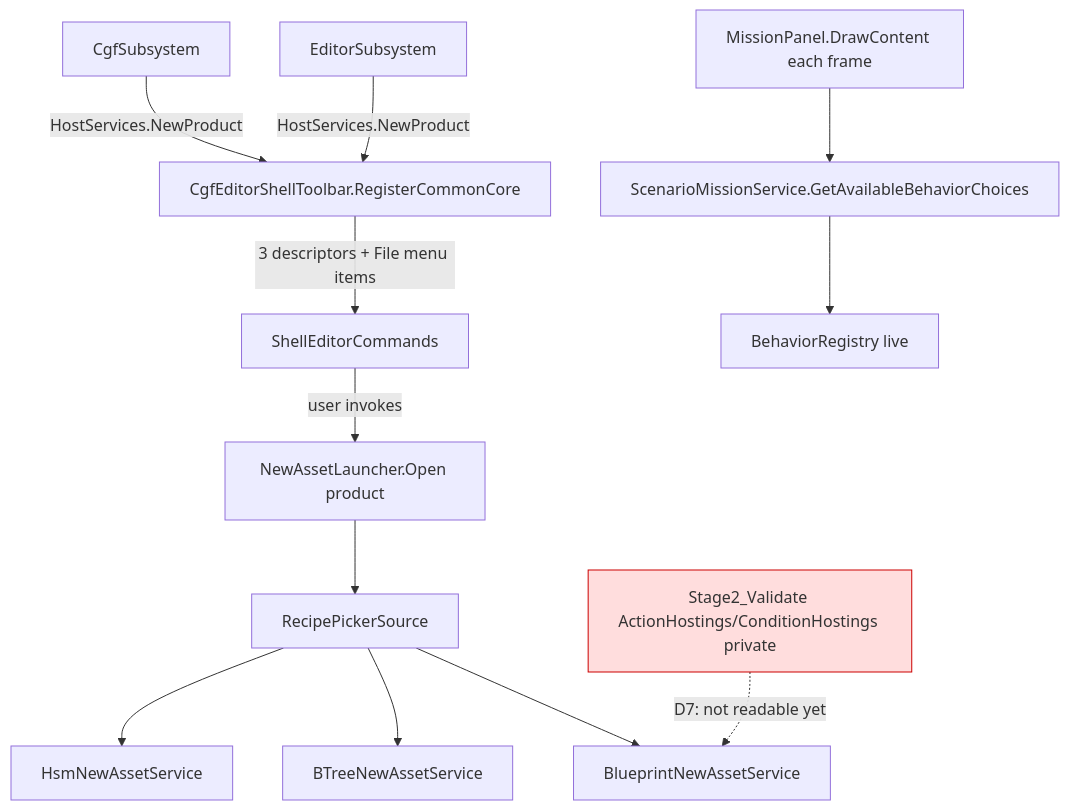
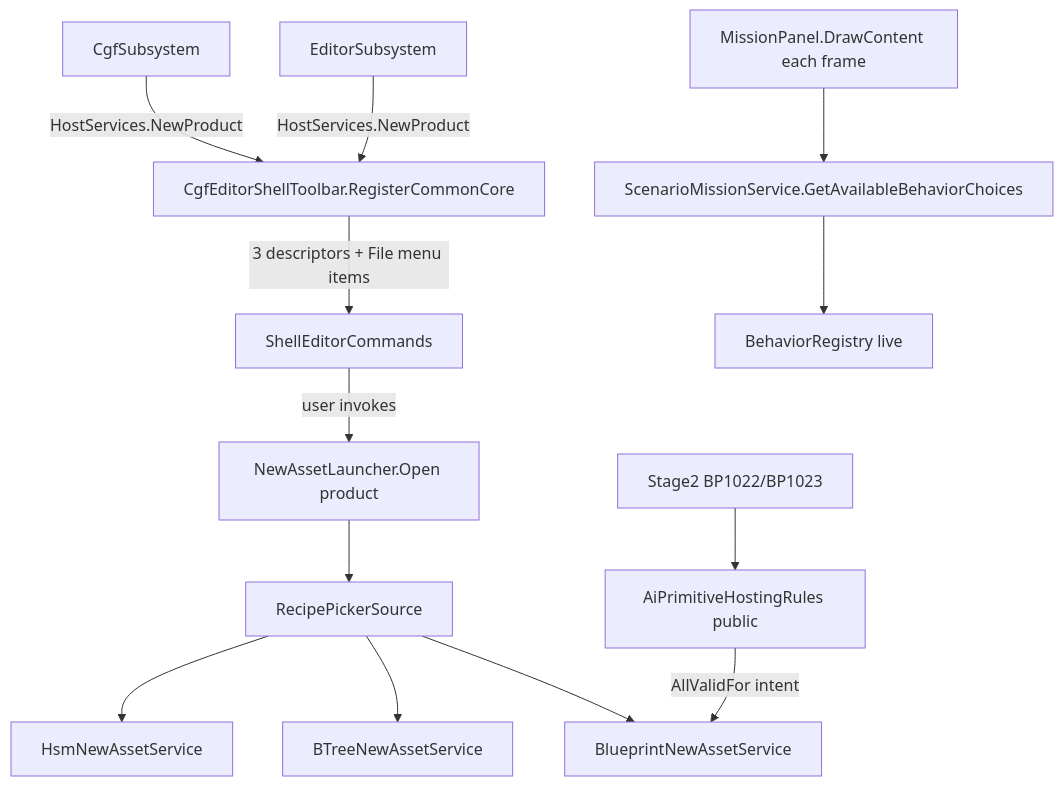
Before and after one commit to pjanec/HROT: the fourth of 4 diagrams in docs/blueprints/DESIGN_Product_First_Authoring.md, drawn with Mermaid. The commit also changed other lines of this file and 6 other files, not shown here.

First line of the commit message:
feat(E4): CE-461 blueprint Action/Condition templates with every hosting their intent allows

````diff
--- a/docs/blueprints/DESIGN_Product_First_Authoring.md
+++ b/docs/blueprints/DESIGN_Product_First_Authoring.md
@@ -164,15 +164,15 @@
 ```mermaid
 graph TD
     ES[EditorSubsystem] -->|HostServices.NewProduct| RC[CgfEditorShellToolbar.RegisterCommonCore]
     CG[CgfSubsystem] -->|HostServices.NewProduct| RC
     RC -->|3 descriptors + File menu items| SH[ShellEditorCommands]
     SH -->|user invokes| NL[NewAssetLauncher.Open product]
     NL --> RPS[RecipePickerSource]
     RPS --> BPS[BlueprintNewAssetService]
     RPS --> BTS[BTreeNewAssetService]
     RPS --> HSS[HsmNewAssetService]
     MP[MissionPanel.DrawContent each frame] --> SMS[ScenarioMissionService.GetAvailableBehaviorChoices]
     SMS --> REG[BehaviorRegistry live]
-    CMP[Stage2_Validate ActionHostings/ConditionHostings private]:::dead -.->|D7: not readable yet| BPS
-    classDef dead fill:#fdd,stroke:#c00
+    CMP[AiPrimitiveHostingRules public] -->|AllValidFor intent| BPS
+    V[Stage2 BP1022/BP1023] --> CMP
 ```
````
